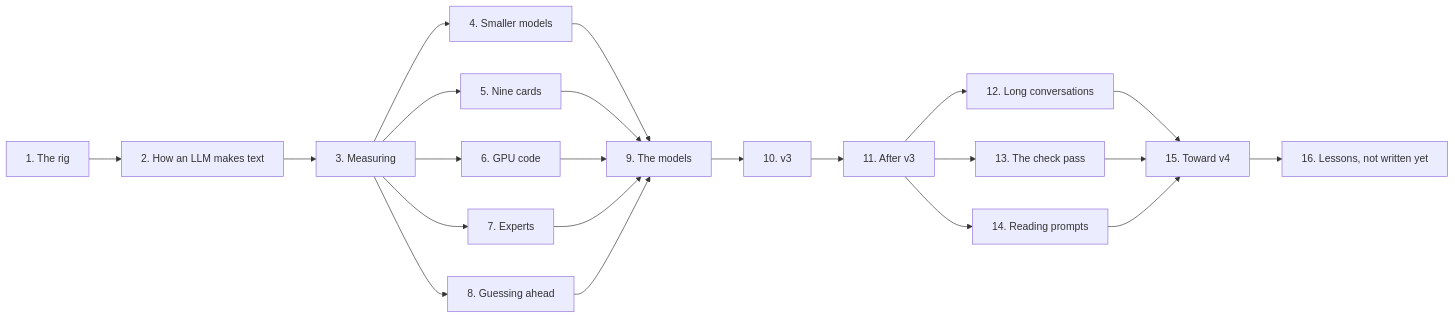
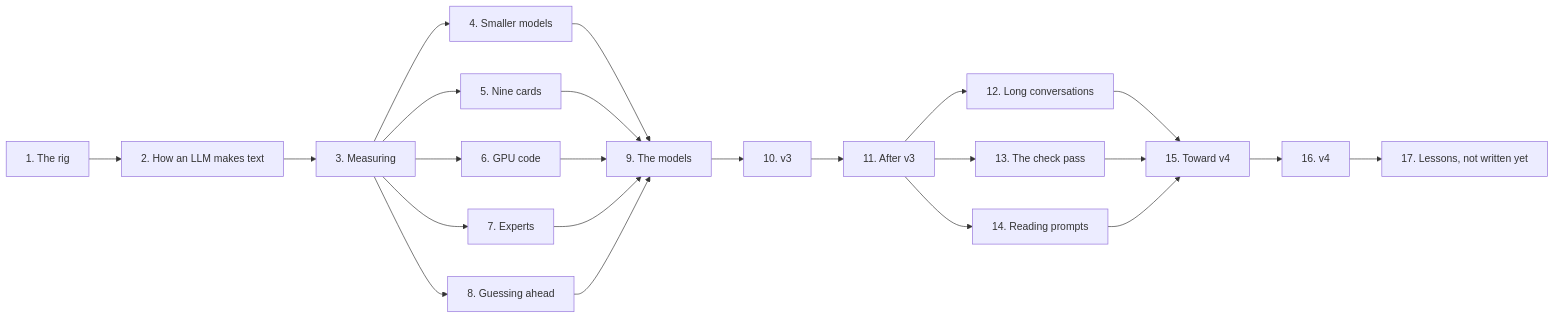
Before and after one commit to Cinderella-Man/llms-on-crypto-mining-rigs: the diagram in docs/book/00-preface.md, drawn with Mermaid. The commit also changed other lines of this file and 29 other files, not shown here.

````diff
--- a/docs/book/00-preface.md
+++ b/docs/book/00-preface.md
@@ -145,14 +155,14 @@
 ```mermaid
 flowchart LR
     A[1. The rig] --> B[2. How an LLM makes text] --> C[3. Measuring]
     C --> D[4. Smaller models]
     C --> E[5. Nine cards]
     C --> F[6. GPU code]
     C --> G[7. Experts]
     C --> H[8. Guessing ahead]
     D & E & F & G & H --> I[9. The models] --> K[10. v3] --> L[11. After v3]
     L --> M[12. Long conversations]
     L --> N[13. The check pass]
     L --> O[14. Reading prompts]
-    M & N & O --> P[15. Toward v4] --> J[16. Lessons, not written yet]
+    M & N & O --> P[15. Toward v4] --> Q[16. v4] --> J[17. Lessons, not written yet]
 ```
````
